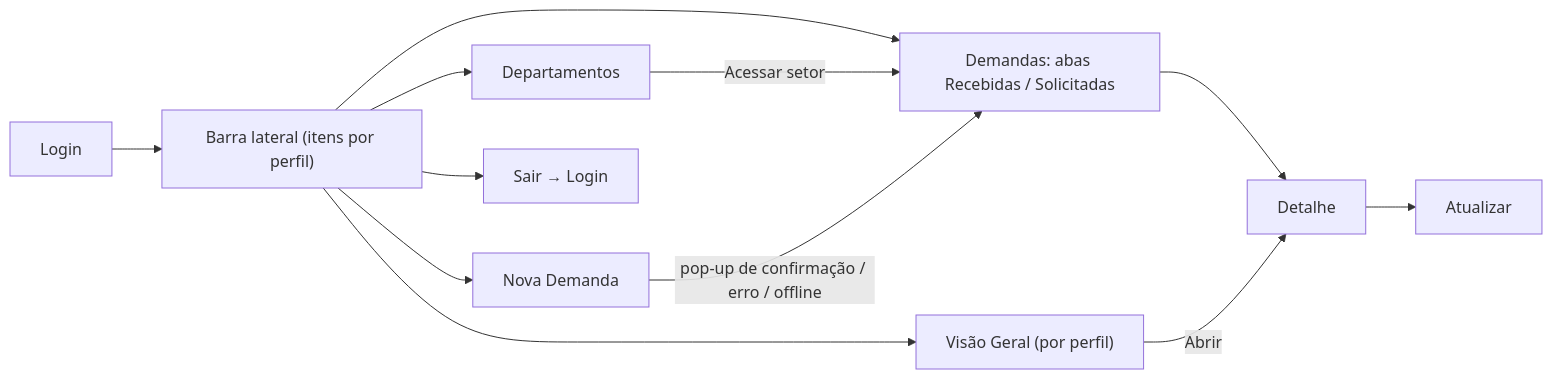
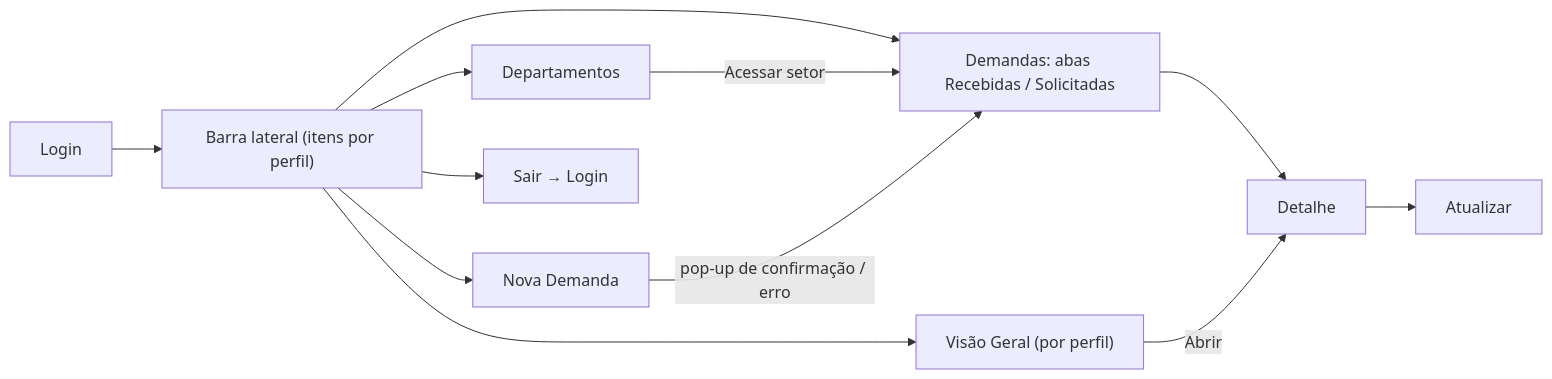
Before and after one commit to DiogoBrito777/projeto_instituto: the fourth of 5 diagrams in docs/FLUXOS.md, drawn with Mermaid. The commit also changed other lines of this file and 23 other files, not shown here.

````diff
--- a/docs/FLUXOS.md
+++ b/docs/FLUXOS.md
@@ -63,14 +63,14 @@
 ```mermaid
 flowchart LR
   L["Login"] --> S["Barra lateral (itens por perfil)"]
   S --> VG["Visão Geral (por perfil)"]
   S --> DM["Demandas: abas Recebidas / Solicitadas"]
   S --> DP["Departamentos"]
   S --> ND["Nova Demanda"]
   S --> SA["Sair → Login"]
   DP -- "Acessar setor" --> DM
   DM --> DT["Detalhe"]
   VG -- "Abrir" --> DT
   DT --> AT["Atualizar"]
-  ND -- "pop-up de confirmação / erro / offline" --> DM
+  ND -- "pop-up de confirmação / erro" --> DM
 ```
````
